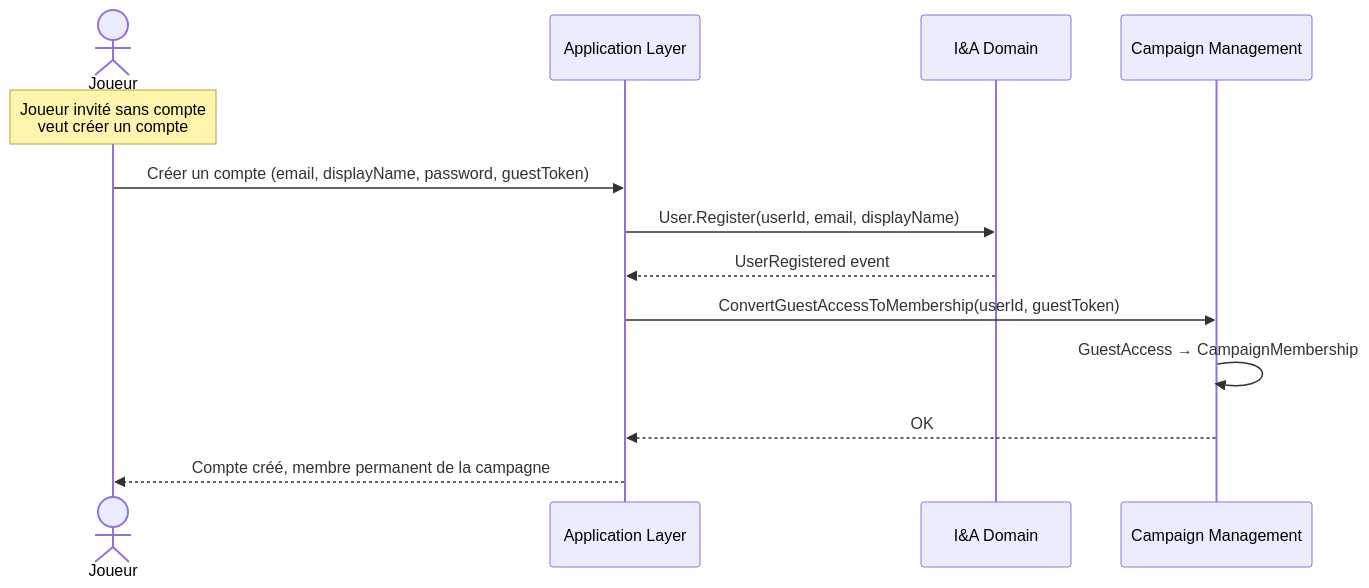
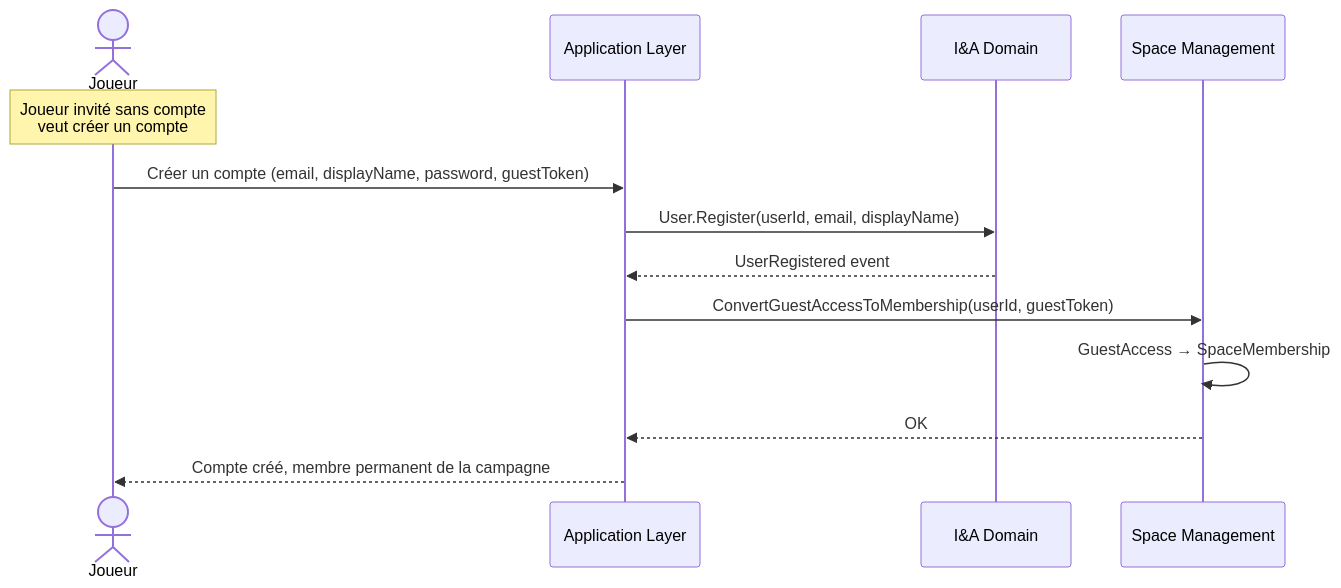
Before and after one commit to 2025-10-CDA-ECO-P6/PM-micro-saas: the sixth of 6 diagrams in docs/conception/domain/diagrams/flows/identity-access.md, drawn with Mermaid. The commit also changed other lines of this file and 84 other files, not shown here.

First line of the commit message:
docs(conception): généralisation Campaign→Space + espace personnel (ADR-018)

````diff
--- a/docs/conception/domain/diagrams/flows/identity-access.md
+++ b/docs/conception/domain/diagrams/flows/identity-access.md
@@ -116,16 +116,16 @@
 ```mermaid
 sequenceDiagram
     actor Joueur
     participant App as Application Layer
     participant IA as I&A Domain
-    participant CM as Campaign Management
+    participant CM as Space Management
 
     Note over Joueur: Joueur invité sans compte<br/>veut créer un compte
     Joueur->>App: Créer un compte (email, displayName, password, guestToken)
     App->>IA: User.Register(userId, email, displayName)
     IA-->>App: UserRegistered event
     App->>CM: ConvertGuestAccessToMembership(userId, guestToken)
-    CM->>CM: GuestAccess → CampaignMembership
+    CM->>CM: GuestAccess → SpaceMembership
     CM-->>App: OK
     App-->>Joueur: Compte créé, membre permanent de la campagne
 ```
````
